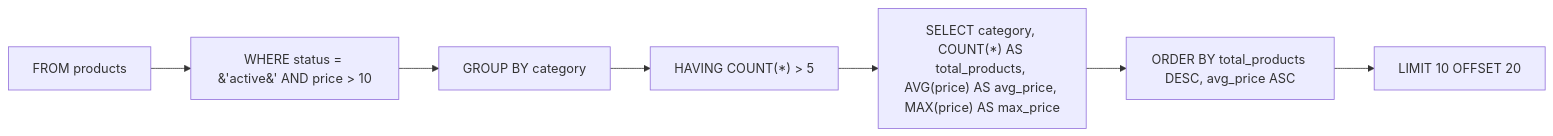
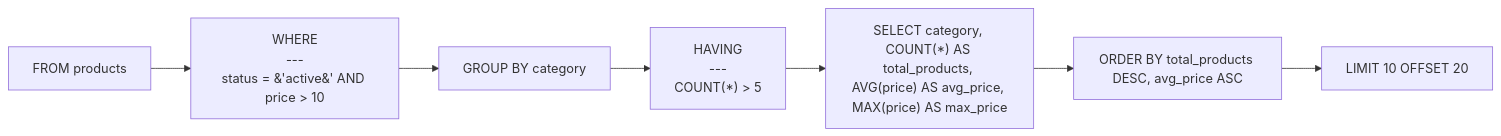
One commit to rot1024/sqloflow changed the diagram in examples/complex_query.mmd. Above: the diagram before and after it, drawn with Mermaid. The commit also changed 21 other files, not shown here.

Commit message:
feat: improve mermaid renderer

```diff
--- a/examples/complex_query.mmd
+++ b/examples/complex_query.mmd
@@ -1,14 +1,14 @@
 flowchart LR
     node_0[FROM products]
-    node_1["WHERE status = &#39;active&#39; AND price &gt; 10"]
+    node_1["WHERE<br/>---<br/>status = &#39;active&#39; AND price &gt; 10"]
     node_2["GROUP BY category"]
-    node_3["HAVING COUNT(*) &gt; 5"]
+    node_3["HAVING<br/>---<br/>COUNT(*) &gt; 5"]
     node_4["SELECT category, COUNT(*) AS total_products, AVG(price) AS avg_price, MAX(price) AS max_price"]
     node_5["ORDER BY total_products DESC, avg_price ASC"]
     node_6["LIMIT 10 OFFSET 20"]
     node_0 --> node_1
     node_1 --> node_2
     node_2 --> node_3
     node_3 --> node_4
     node_4 --> node_5
     node_5 --> node_6
```
